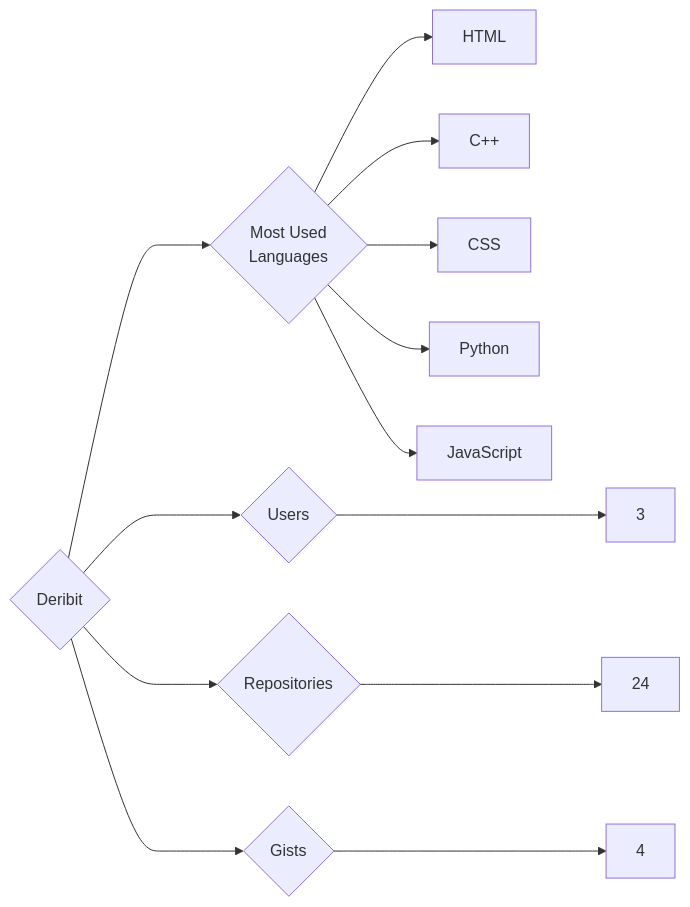
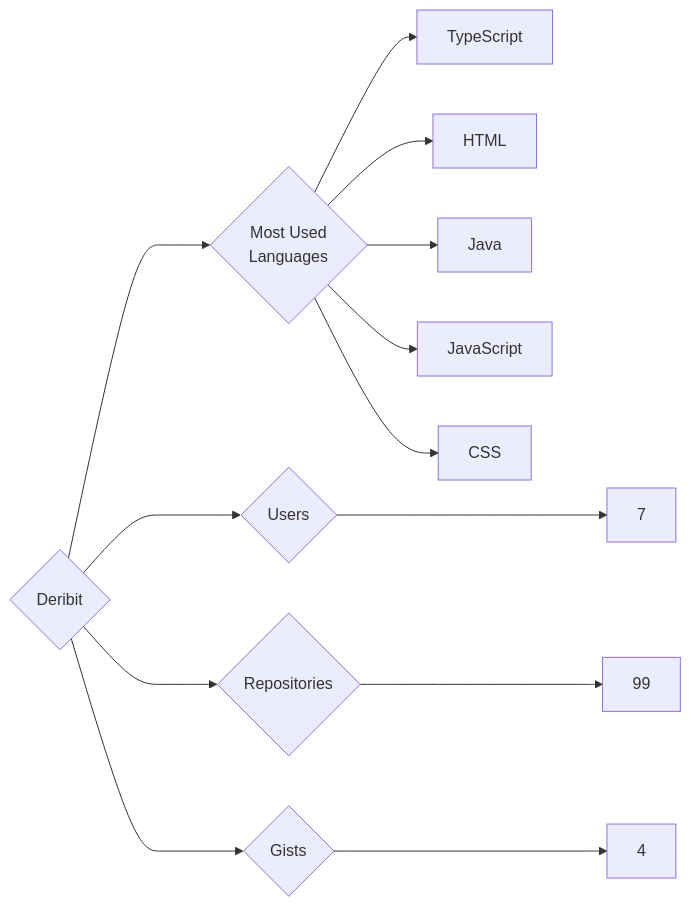
Before and after one commit to trickest/insiders: the diagram in targets/Deribit/README.md, drawn with Mermaid. The commit also changed 880 other files, not shown here.

````diff
--- a/targets/Deribit/README.md
+++ b/targets/Deribit/README.md
@@ -3,13 +3,13 @@
 ```mermaid
 graph LR
 COMPANY_NAME{Deribit}
-COMPANY_NAME ---> U{Users} ---> UN[3]
-COMPANY_NAME ---> R{Repositories} ---> RN[24]
+COMPANY_NAME ---> U{Users} ---> UN[7]
+COMPANY_NAME ---> R{Repositories} ---> RN[99]
 COMPANY_NAME ---> G{Gists} ---> GN[4]
 COMPANY_NAME ---> ML{Most Used<br>Languages}
+ML --> TypeScript[TypeScript]
 ML --> HTML[HTML]
-ML --> C++[C++]
+ML --> Java[Java]
+ML --> JavaScript[JavaScript]
 ML --> CSS[CSS]
-ML --> Python[Python]
-ML --> JavaScript[JavaScript]
 ```
````
